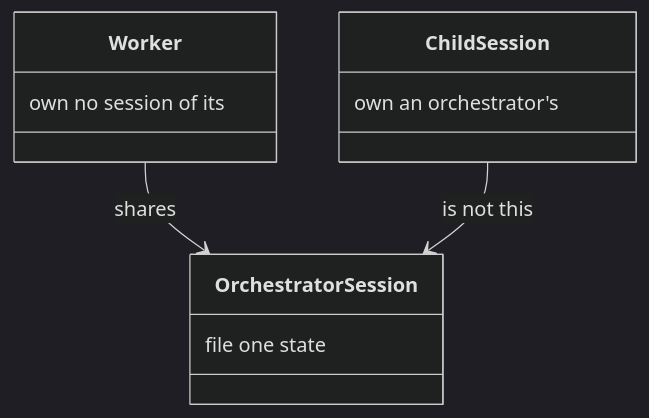
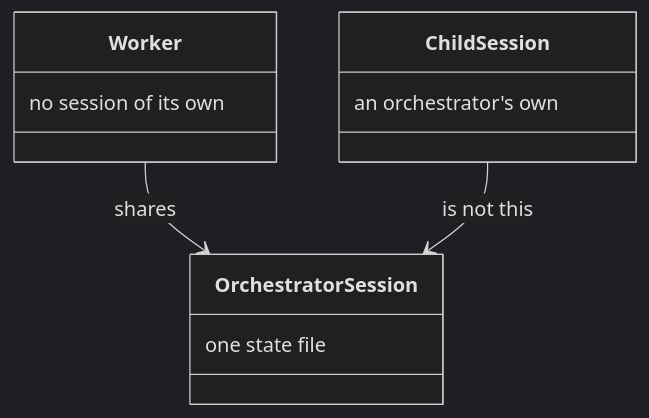
The sixth of 18 diagrams in docs/dispatch.md (m2ux/workflow-server), drawn with Mermaid (dark theme) before and after one commit. The commit also changed other lines of this file and 10 other files, not shown here.

Commit message:
Write each class-box note in reading order so the diagram shows the phrase as written.

````diff
--- a/docs/dispatch.md
+++ b/docs/dispatch.md
@@ -98,14 +98,14 @@
 ```mermaid
 classDiagram
   class OrchestratorSession {
-    file one state
+    one state file
   }
   class Worker {
-    own no session of its
+    no session of its own
   }
   class ChildSession {
-    own an orchestrator's
+    an orchestrator's own
   }
   Worker --> OrchestratorSession : shares
   ChildSession --> OrchestratorSession : is not this
 ```
````
